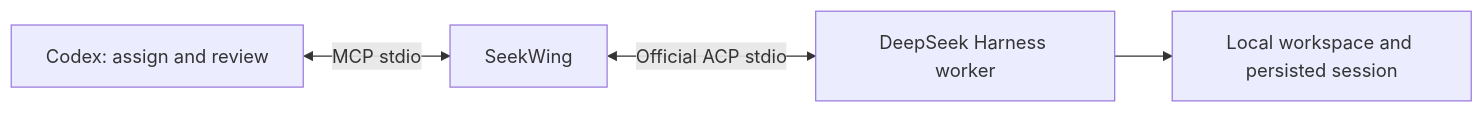
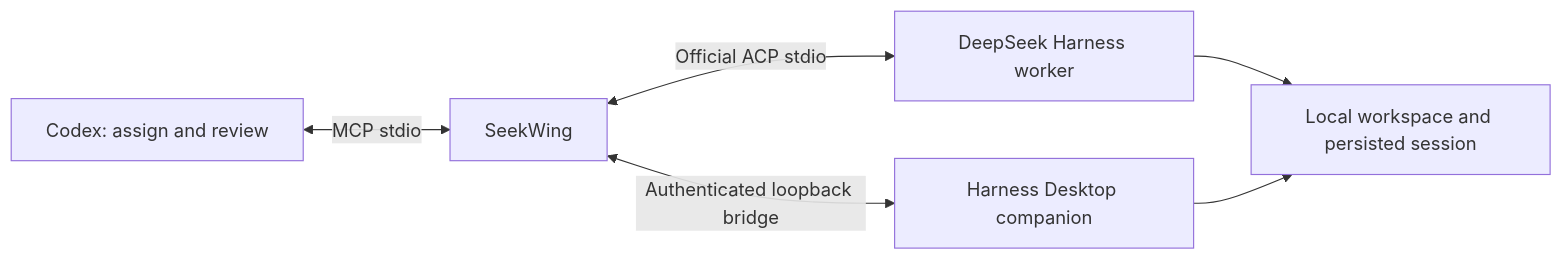
One commit to heyzeyu/seekwing changed the diagram in README.md. Above: the diagram before and after it, drawn with Mermaid. The commit also changed other lines of this file and 25 other files, not shown here.

Commit message:
feat: add visible Harness Desktop sessions alongside ACP

````diff
--- a/README.md
+++ b/README.md
@@ -13,6 +13,8 @@
 ```mermaid
 flowchart LR
     C[Codex: assign and review] <-->|MCP stdio| S[SeekWing]
     S <-->|Official ACP stdio| H[DeepSeek Harness worker]
+    S <-->|Authenticated loopback bridge| D[Harness Desktop companion]
     H --> W[Local workspace and persisted session]
+    D --> W
 ```
````
